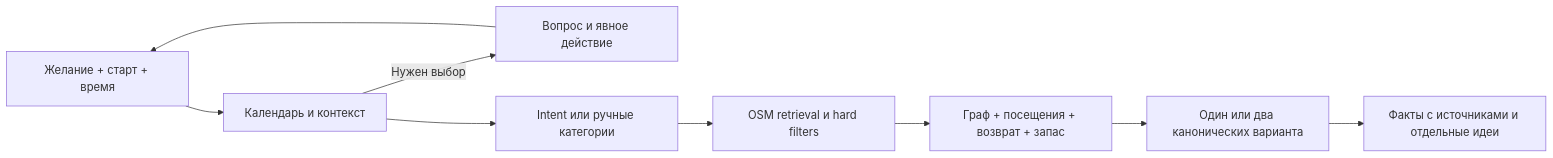
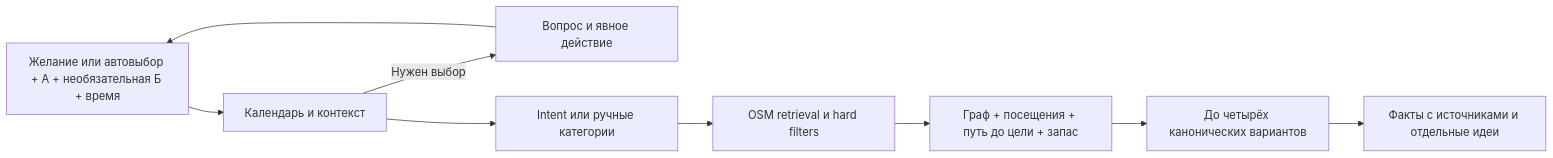
Before and after one commit to gojosatorukz/qadam-astana: the diagram in docs/DECISIONS.md, drawn with Mermaid. The commit also changed other lines of this file and 4 other files, not shown here.

````diff
--- a/docs/DECISIONS.md
+++ b/docs/DECISIONS.md
@@ -11,11 +11,11 @@
 ```mermaid
 flowchart LR
-  A[Желание + старт + время] --> B[Календарь и контекст]
+  A[Желание или автовыбор + А + необязательная Б + время] --> B[Календарь и контекст]
   B -->|Нужен выбор| C[Вопрос и явное действие]
   C --> A
   B --> D[Intent или ручные категории]
   D --> E[OSM retrieval и hard filters]
-  E --> F[Граф + посещения + возврат + запас]
-  F --> G[Один или два канонических варианта]
+  E --> F[Граф + посещения + путь до цели + запас]
+  F --> G[До четырёх канонических вариантов]
   G --> H[Факты с источниками и отдельные идеи]
 ```
````
